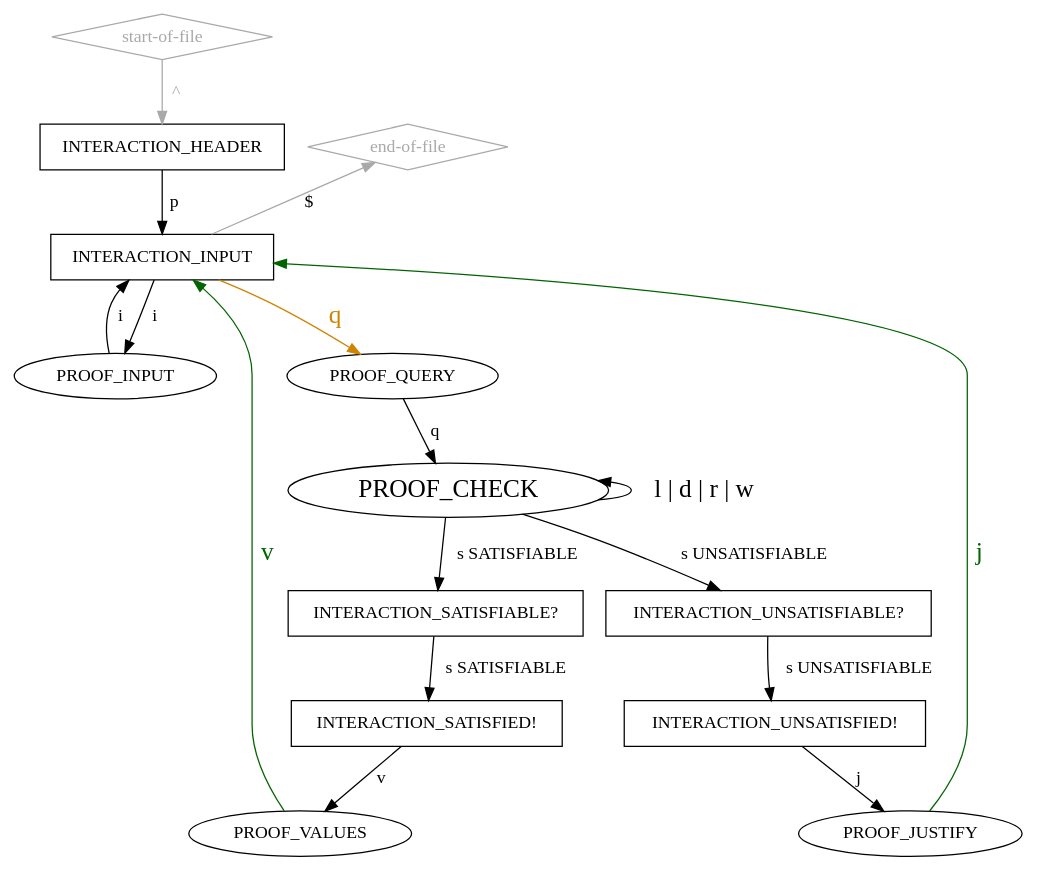
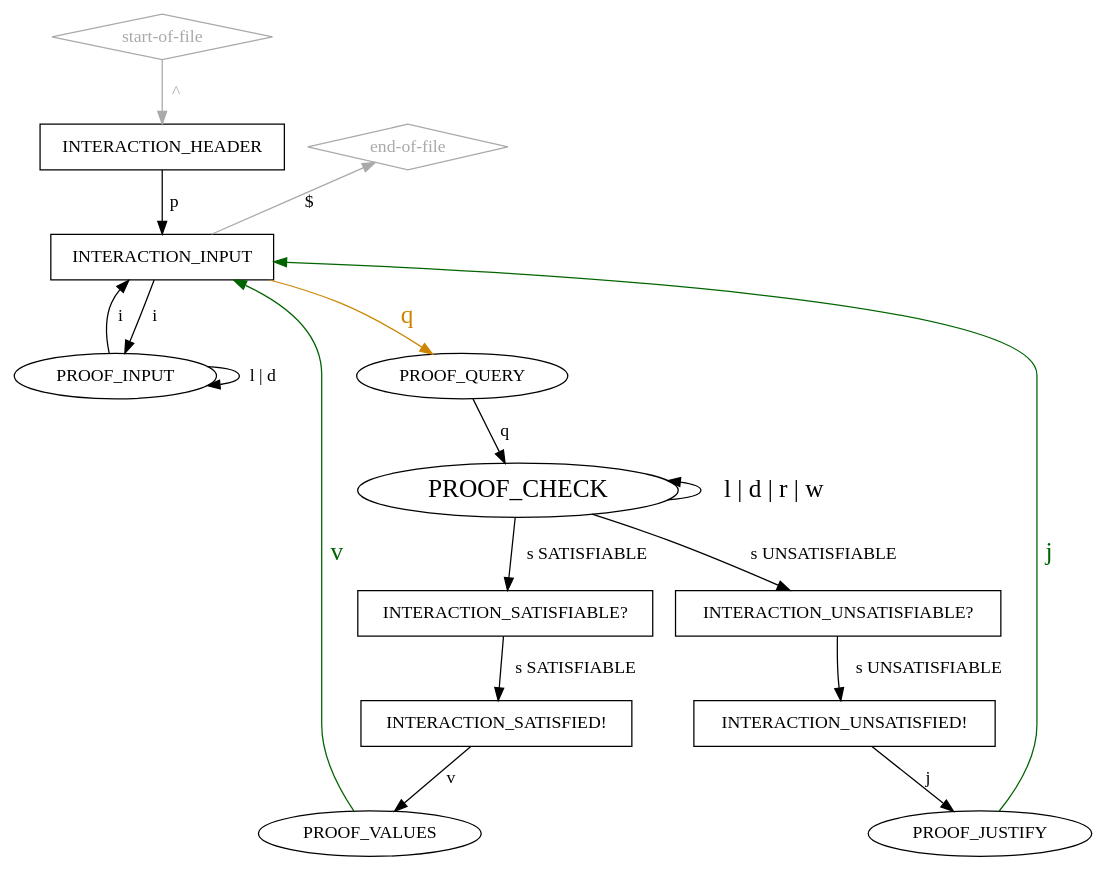
The diagram in idrup-check-pedantic-clear.dot (arminbiere/lidrup-check), drawn with Graphviz before and after one commit. The commit also changed 3 other files, not shown here.

```diff
--- a/idrup-check-pedantic-clear.dot
+++ b/idrup-check-pedantic-clear.dot
@@ -1,42 +1,43 @@
 digraph "idrup-check" {
 
   "start-of-file" [shape=diamond,color=darkgray,fontcolor=darkgray];
   "start-of-file" -> INTERACTION_HEADER [label=" ^ ",weight=2,color=darkgray,fontcolor=darkgray];
 
   "end-of-file" [shape=diamond,color=darkgray,fontcolor=darkgray];
 
   // INTERACTION_HEADER -> "end-of-file";
   // INTERACTION_INPUT -> "end-of-file";
    "end-of-file" -> INTERACTION_INPUT [label="$    ",dir=back,color=darkgray];
 
   INTERACTION_HEADER [shape=box];
   INTERACTION_HEADER -> INTERACTION_INPUT [label=" p ",weight=2];
 
   INTERACTION_INPUT [shape=box];
   INTERACTION_INPUT -> PROOF_INPUT [label=" i ",weight=2];
   INTERACTION_INPUT -> PROOF_QUERY [label=" q ",weight=2,color=orange3,fontsize=20,fontcolor=orange3];
 
   PROOF_INPUT -> INTERACTION_INPUT [label=" i ",weight=3];
+  PROOF_INPUT -> PROOF_INPUT [label=" l | d "];
 
   PROOF_QUERY -> PROOF_CHECK [label=" q "];
 
   PROOF_CHECK [fontsize=20];
   PROOF_CHECK -> PROOF_CHECK [label=" l | d | r | w ",dir=back,fontsize=20];
   PROOF_CHECK -> INTERACTION_SATISFIABLE [label=" s SATISFIABLE "];
   PROOF_CHECK -> INTERACTION_UNSATISFIABLE [label=" s UNSATISFIABLE "];
 
   INTERACTION_UNSATISFIABLE [shape="box",label="INTERACTION_UNSATISFIABLE?"];
   INTERACTION_UNSATISFIABLE -> INTERACTION_UNSATISFIED [label=" s UNSATISFIABLE "];
 
   INTERACTION_SATISFIABLE [shape="box",label="INTERACTION_SATISFIABLE?"];
   INTERACTION_SATISFIABLE -> INTERACTION_SATISFIED [label=" s SATISFIABLE "];
 
   INTERACTION_SATISFIED [shape=box,label="INTERACTION_SATISFIED!"];
   INTERACTION_SATISFIED -> PROOF_VALUES [label=" v "];
 
   INTERACTION_UNSATISFIED [shape=box,label="INTERACTION_UNSATISFIED!"];
   INTERACTION_UNSATISFIED -> PROOF_JUSTIFY [label=" j "];
 
   PROOF_VALUES -> INTERACTION_INPUT [label=" v ",color=darkgreen,fontsize=20,fontcolor=darkgreen];
   PROOF_JUSTIFY -> INTERACTION_INPUT [label=" j ",color=darkgreen,fontsize=20,fontcolor=darkgreen];
 }
```
